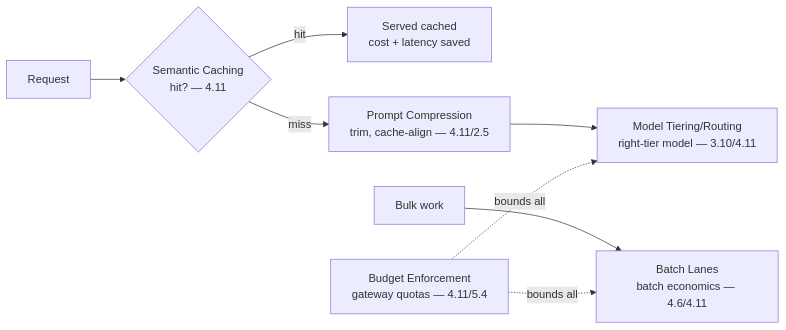
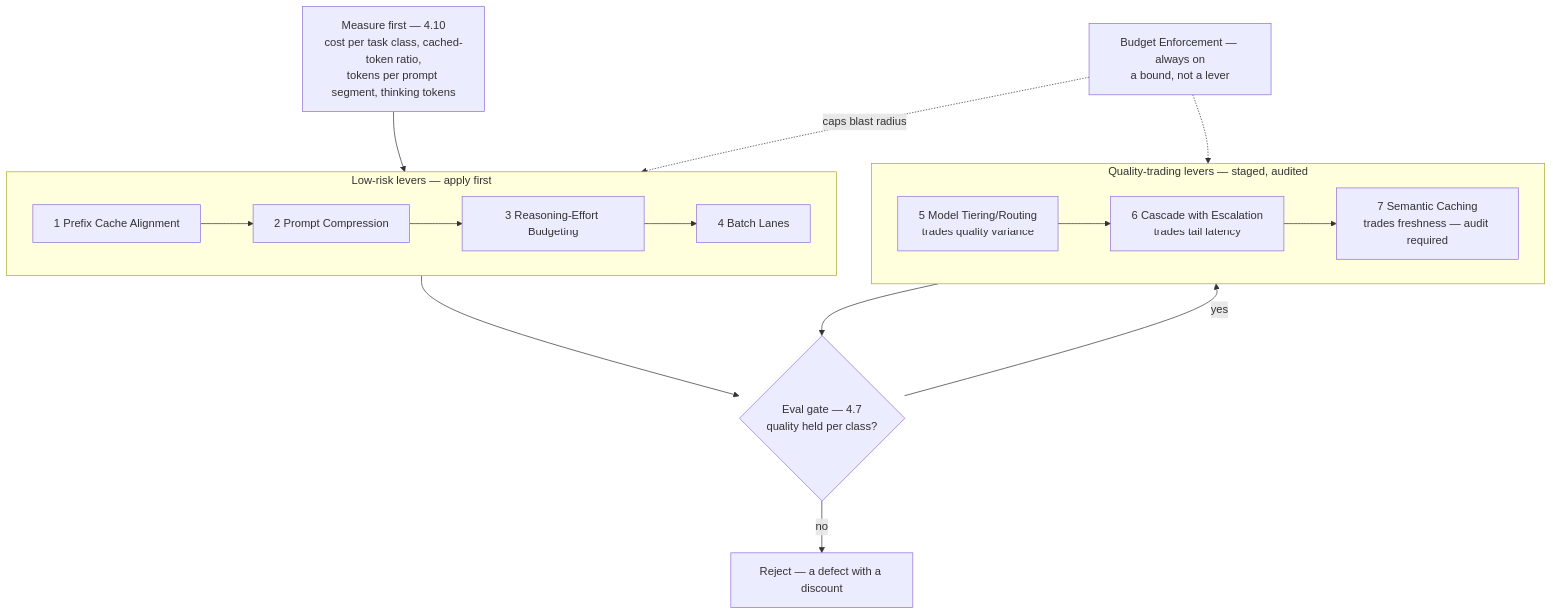
The diagram in curriculum/part-7-enterprise-ai-architecture-patterns/chapter-08-cost-performance-patterns.md (sivakrushna-works/GSAC), drawn with Mermaid before and after one commit. The commit also changed other lines of this file and 11 other files, not shown here.

````diff
--- a/curriculum/part-7-enterprise-ai-architecture-patterns/chapter-08-cost-performance-patterns.md
+++ b/curriculum/part-7-enterprise-ai-architecture-patterns/chapter-08-cost-performance-patterns.md
@@ -89,9 +138,19 @@
 ```mermaid
-flowchart LR
-    REQUEST[Request] --> CACHE{Semantic Caching<br/>hit? — 4.11}
-    CACHE -->|hit| SERVED[Served cached<br/>cost + latency saved]
-    CACHE -->|miss| COMPRESS[Prompt Compression<br/>trim, cache-align — 4.11/2.5]
-    COMPRESS --> TIER[Model Tiering/Routing<br/>right-tier model — 3.10/4.11]
-    BATCH[Bulk work] --> LANES[Batch Lanes<br/>batch economics — 4.6/4.11]
-    BUDGET[Budget Enforcement<br/>gateway quotas — 4.11/5.4] -.bounds all.-> TIER & LANES
+flowchart TB
+    M[Measure first — 4.10<br/>cost per task class, cached-token ratio,<br/>tokens per prompt segment, thinking tokens] --> SAFE
+    subgraph SAFE [Low-risk levers — apply first]
+        S1[1 Prefix Cache Alignment] --> S2[2 Prompt Compression]
+        S2 --> S3[3 Reasoning-Effort Budgeting]
+        S3 --> S4[4 Batch Lanes]
+    end
+    SAFE --> EVAL{Eval gate — 4.7<br/>quality held per class?}
+    EVAL -->|no| REJECT[Reject — a defect with a discount]
+    EVAL -->|yes| RISKY
+    subgraph RISKY [Quality-trading levers — staged, audited]
+        R1[5 Model Tiering/Routing<br/>trades quality variance] --> R2[6 Cascade with Escalation<br/>trades tail latency]
+        R2 --> R3[7 Semantic Caching<br/>trades freshness — audit required]
+    end
+    RISKY --> EVAL
+    BE[Budget Enforcement — always on<br/>a bound, not a lever] -.caps blast radius.-> SAFE
+    BE -.-> RISKY
 ```
````
